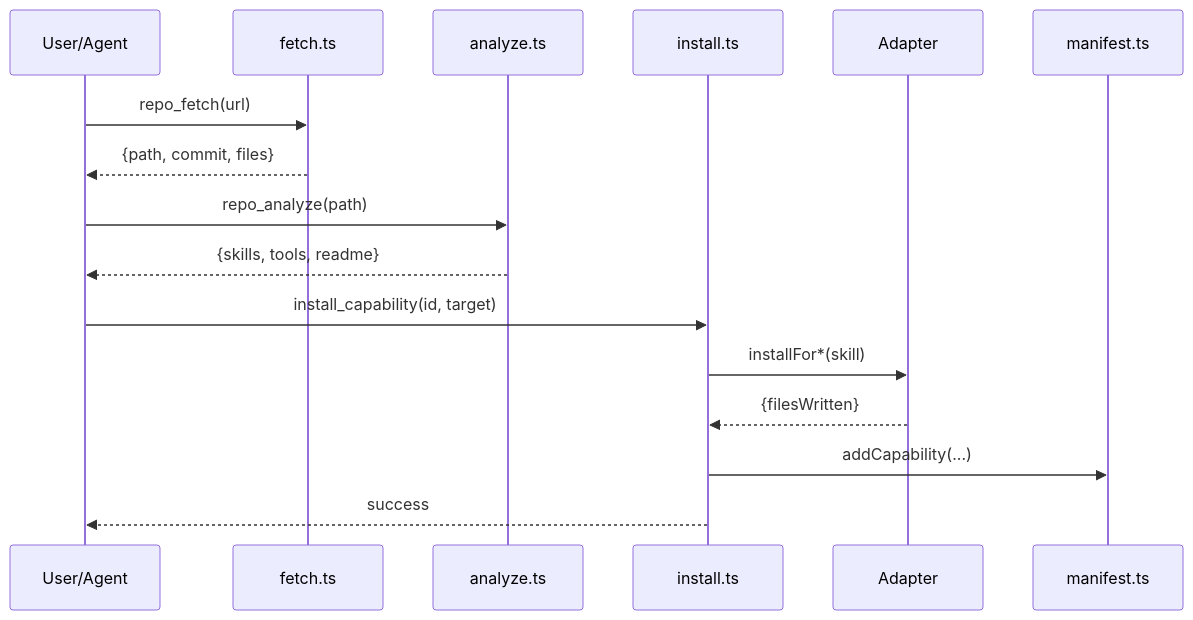
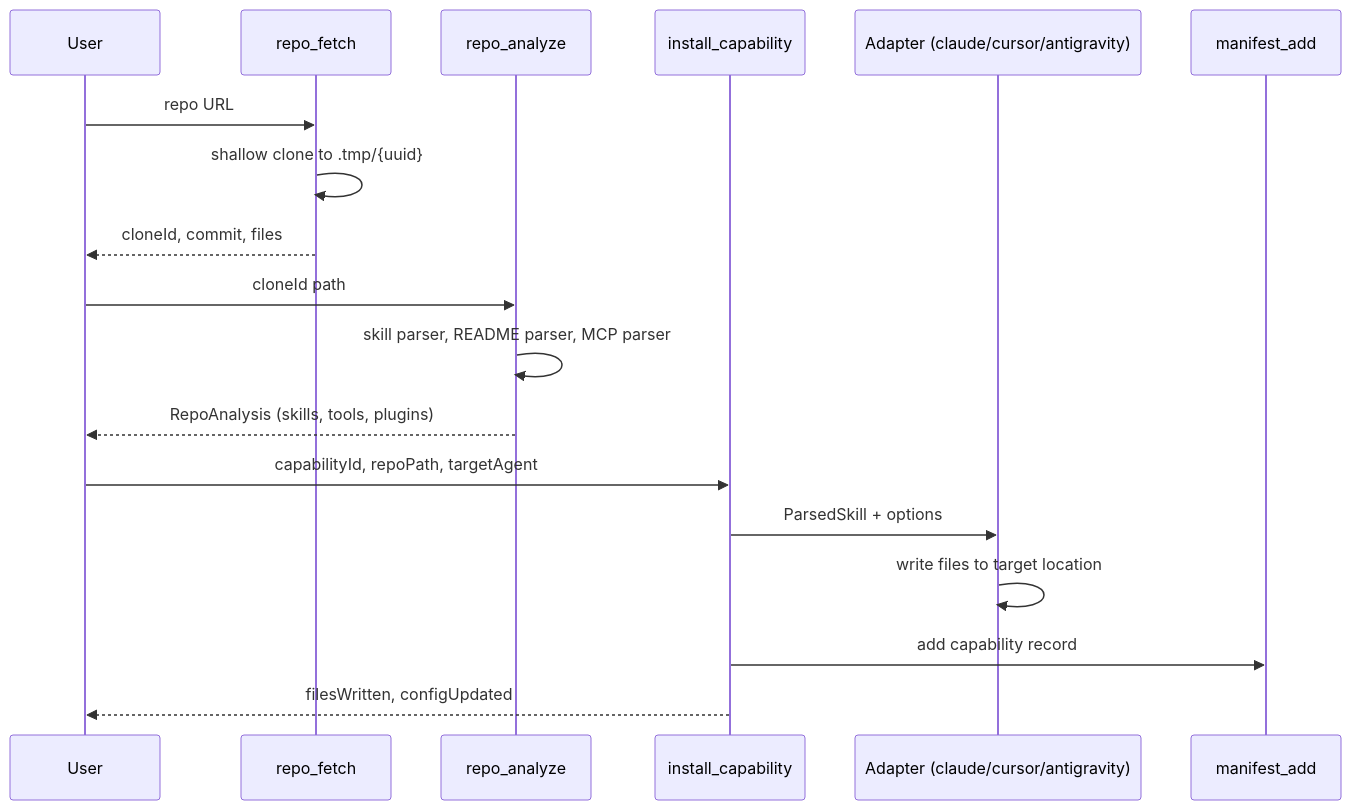
One commit to shihwesley/agent-reverse changed the second of 3 diagrams in docs/CODEBASE_MAP.md. Above: the diagram before and after it, drawn with Mermaid. The commit also changed other lines of this file and 1 other file, not shown here.

First line of the commit message:
docs: update codebase map with v1.2.0 changes and merkle manifest

````diff
--- a/docs/CODEBASE_MAP.md
+++ b/docs/CODEBASE_MAP.md
@@ -193,19 +235,21 @@
 ```mermaid
 sequenceDiagram
-    participant U as User/Agent
-    participant F as fetch.ts
-    participant A as analyze.ts
-    participant I as install.ts
-    participant Ad as Adapter
-    participant M as manifest.ts
+    participant User
+    participant Fetch as repo_fetch
+    participant Analyze as repo_analyze
+    participant Install as install_capability
+    participant Adapter as Adapter (claude/cursor/antigravity)
+    participant Manifest as manifest_add
 
-    U->>F: repo_fetch(url)
-    F-->>U: {path, commit, files}
-    U->>A: repo_analyze(path)
-    A-->>U: {skills, tools, readme}
-    U->>I: install_capability(id, target)
-    I->>Ad: installFor*(skill)
-    Ad-->>I: {filesWritten}
-    I->>M: addCapability(...)
-    I-->>U: success
+    User->>Fetch: repo URL
+    Fetch->>Fetch: shallow clone to .tmp/{uuid}
+    Fetch-->>User: cloneId, commit, files
+    User->>Analyze: cloneId path
+    Analyze->>Analyze: skill parser, README parser, MCP parser
+    Analyze-->>User: RepoAnalysis (skills, tools, plugins)
+    User->>Install: capabilityId, repoPath, targetAgent
+    Install->>Adapter: ParsedSkill + options
+    Adapter->>Adapter: write files to target location
+    Install->>Manifest: add capability record
+    Install-->>User: filesWritten, configUpdated
 ```
````
